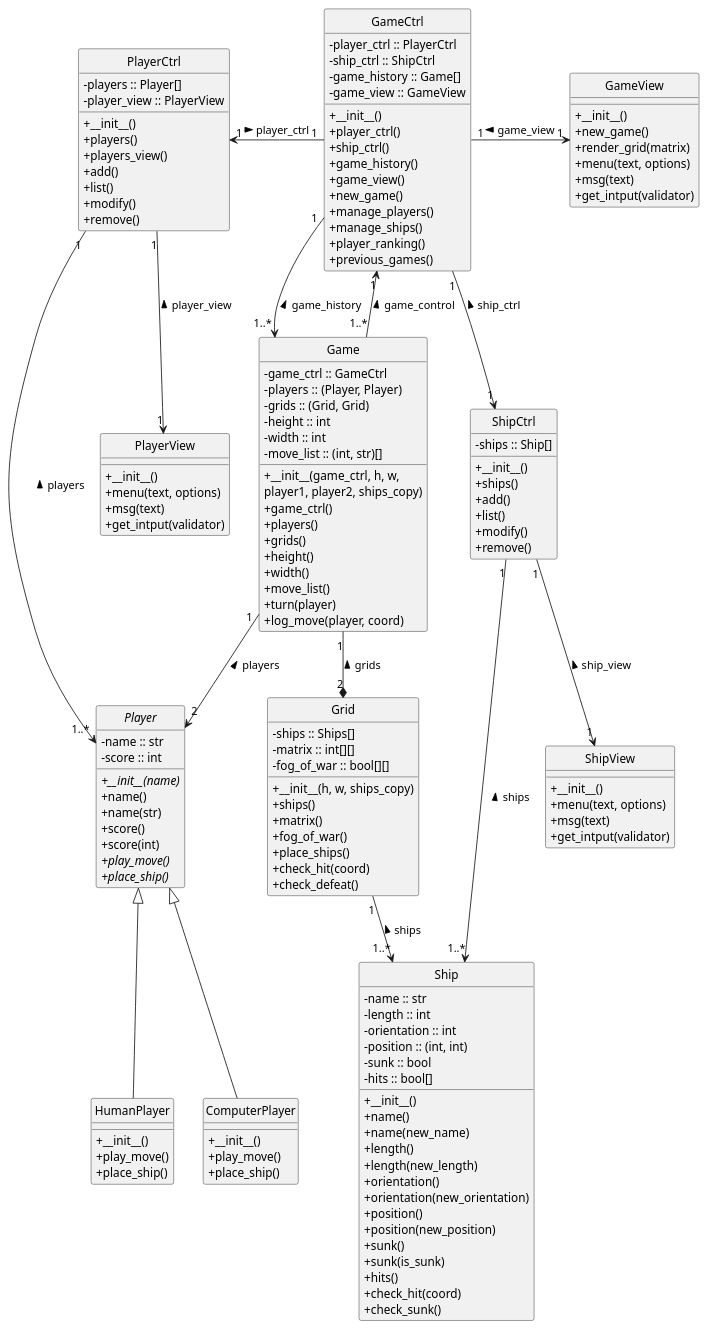
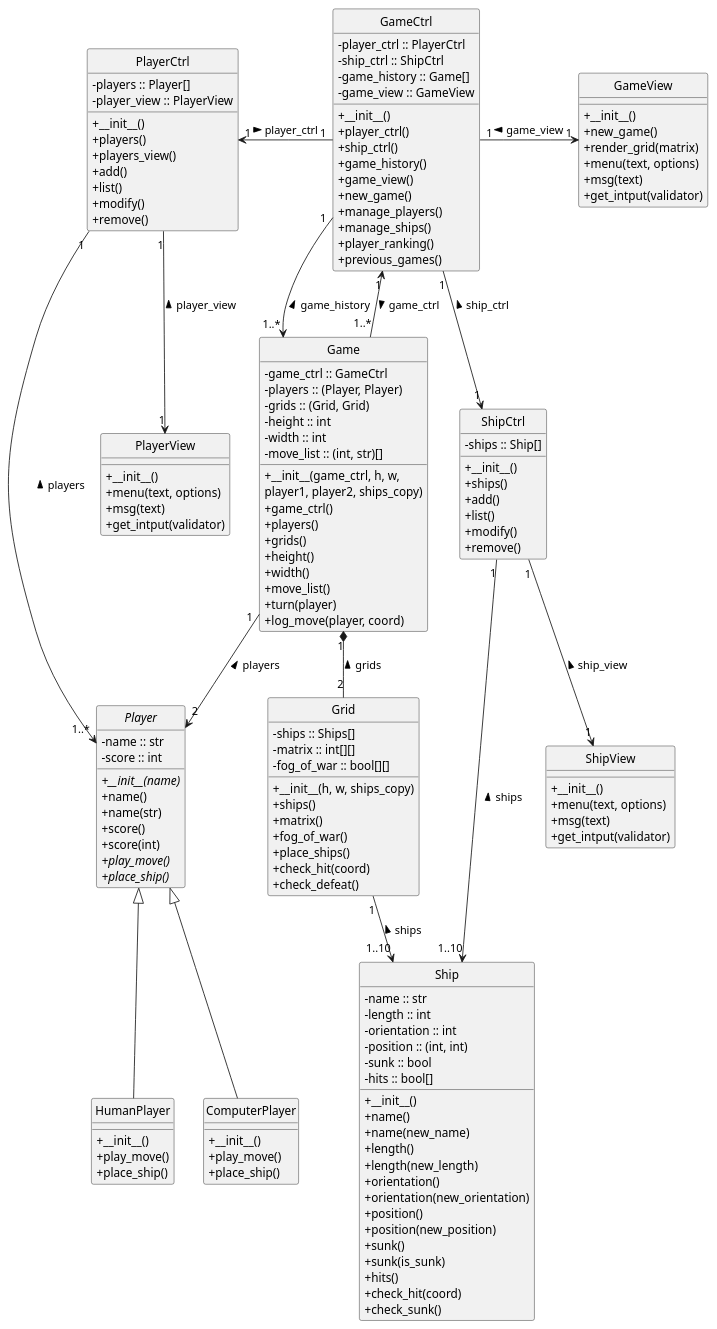
Before and after one commit to leoniro/battleship: the diagram in uml_diagram.puml, drawn with PlantUML. The commit also changed 13 other files, not shown here.

```diff
--- a/uml_diagram.puml
+++ b/uml_diagram.puml
@@ -1,170 +1,170 @@
 @startuml battleship_class_diagram
 
 skinparam classAttributeIconSize 0
 'left to right direction
 hide circle
 
 class Game {
     - game_ctrl :: GameCtrl
     - players :: (Player, Player) {field}
     - grids :: (Grid, Grid) {field}
     - height :: int
     - width :: int
     - move_list :: (int, str)[] {field}
     + __init__(game_ctrl, h, w,
             player1, player2, ships_copy)
     + game_ctrl()
     + players()
     + grids()
     + height()
     + width()
     + move_list()
     + turn(player)
     + log_move(player, coord)
 }
 
 class GameCtrl {
     - player_ctrl :: PlayerCtrl
     - ship_ctrl :: ShipCtrl
     - game_history :: Game[]
     - game_view :: GameView
     + __init__()
     + player_ctrl()
     + ship_ctrl()
     + game_history()
     + game_view()
     + new_game()
     + manage_players()
     + manage_ships()
     + player_ranking()
     + previous_games()
 }
 
 class GameView {
     + __init__()
     + new_game()
     + render_grid(matrix)
     + menu(text, options)
     + msg(text)
     + get_intput(validator)
 }
 
 class Grid {
     - ships :: Ships[]
     - matrix :: int[][]
     - fog_of_war :: bool[][]
     + __init__(h, w, ships_copy)
     + ships()
     + matrix()
     + fog_of_war()
     + place_ships()
     + check_hit(coord)
     + check_defeat()
 }
 
 class Ship {
     - name :: str
     - length :: int
     - orientation :: int
     - position :: (int, int) {field}
     - sunk :: bool
     - hits :: bool[]
     + __init__()
     + name()
     + name(new_name)
     + length()
     + length(new_length)
     + orientation()
     + orientation(new_orientation)
     + position()
     + position(new_position)
     + sunk()
     + sunk(is_sunk)
     + hits()
     + check_hit(coord)
     + check_sunk()
 }
 
 class ShipCtrl{
     - ships :: Ship[]
     + __init__()
     + ships()
     + add()
     + list()
     + modify()
     + remove()
 }
 
 class ShipView {
     + __init__()
     + menu(text, options)
     + msg(text)
     + get_intput(validator)
     
 }
 
 class PlayerCtrl {
     - players :: Player[]
     - player_view :: PlayerView
     + __init__()
     + players()
     + players_view()
     + add()
     + list()
     + modify()
     + remove()
 }
 
 abstract class Player {
     - name :: str
     - score :: int
     + __init__(name) {abstract}
     + name()
     + name(str)
     + score()
     + score(int)
     + play_move() {abstract}
     + place_ship() {abstract}
 }
 
 class PlayerView {
     + __init__()
     + menu(text, options)
     + msg(text)
     + get_intput(validator)
 }
 
 class HumanPlayer {
     + __init__()
     + play_move()
     + place_ship()
 }
 class ComputerPlayer {
     + __init__()
     + play_move()
     + place_ship()
 }
 
 
 GameCtrl "1" --> "1..*" Game : game_history <
-GameCtrl "1" <-- "1..*" Game : game_control <
+GameCtrl "1" <-- "1..*" Game : game_ctrl >
 GameCtrl "1" -r-> "1" GameView : game_view <
 
 GameCtrl "1" -l-> "1" PlayerCtrl : player_ctrl <
 GameCtrl "1" --> "1" ShipCtrl : ship_ctrl <
 
 PlayerCtrl "1" --> "1..*" Player : players <
 PlayerCtrl "1" --> "1" PlayerView : player_view <
 
 Game "1" --> "2" Player : players <
 
 Player <|-- HumanPlayer
 Player <|-- ComputerPlayer
 
-Game "1" --* "2" Grid : grids <
+Game "1" *-- "2" Grid : grids <
 
-ShipCtrl "1" --> "1..*" Ship : ships <
+ShipCtrl "1" --> "1..10" Ship : ships <
 ShipCtrl "1" --> "1" ShipView : ship_view <
-Grid "1" --> "1..*" Ship : ships <
+Grid "1" --> "1..10" Ship : ships <
 
 @enduml
```
